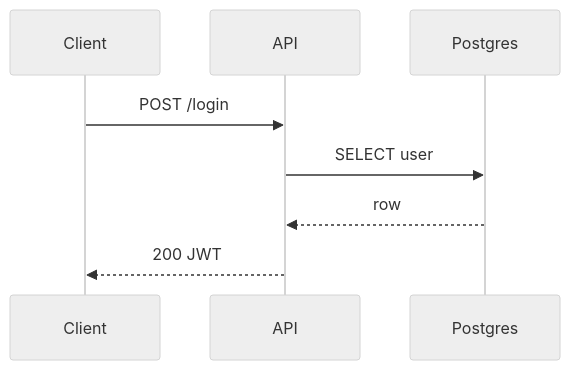
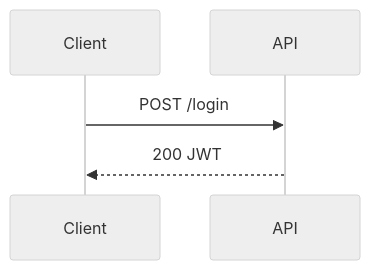
Before and after one commit to FlakM/eink-bridge: the diagram in harness/skills/eink/SKILL.md, drawn with Mermaid (neutral theme). The commit also changed other lines of this file and 11 other files, not shown here.

Commit message:
ws: interactive review loop with OCR feedback and update flow

````diff
--- a/harness/skills/eink/SKILL.md
+++ b/harness/skills/eink/SKILL.md
@@ -149,10 +144,7 @@
 ```mermaid
 sequenceDiagram
   participant C as Client
   participant A as API
-  participant DB as Postgres
   C->>A: POST /login
-  A->>DB: SELECT user
-  DB-->>A: row
   A-->>C: 200 JWT
 ```
````
